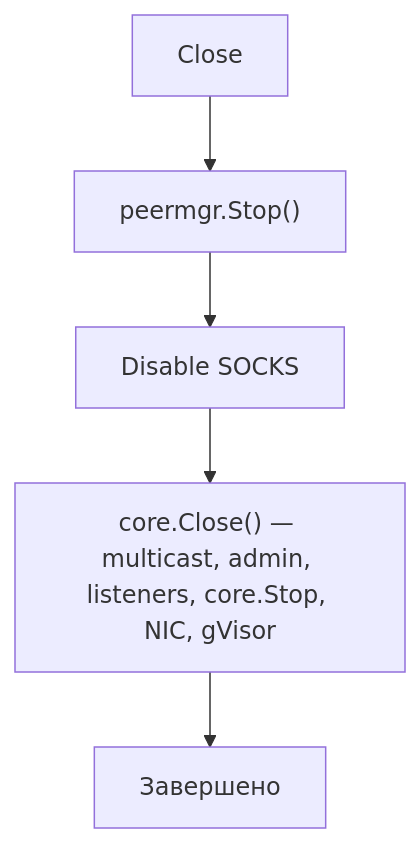
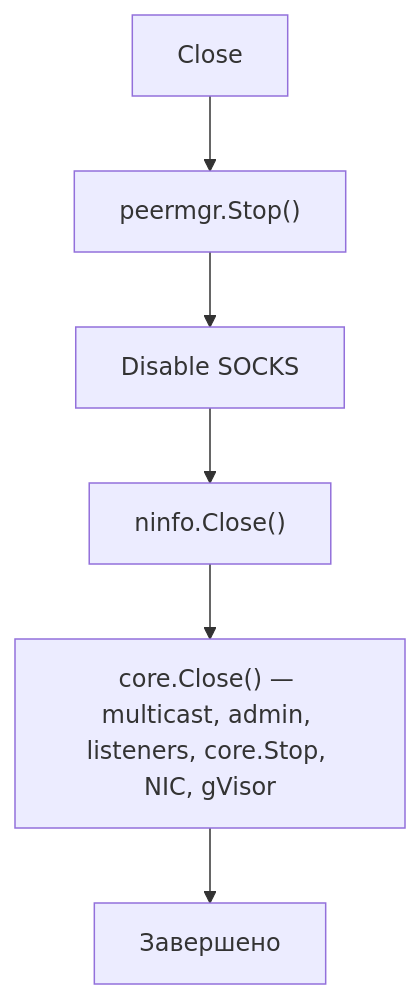
Before and after one commit to voluminor/ratatoskr: the fifth of 6 diagrams in README.RU.md, drawn with Mermaid. The commit also changed other lines of this file and 1 other file, not shown here.

````diff
--- a/README.RU.md
+++ b/README.RU.md
@@ -284,7 +362,8 @@
 ```mermaid
 flowchart TD
   Close --> PM["peermgr.Stop()"]
   PM --> S1["Disable SOCKS"]
-  S1 --> S2["core.Close() — multicast, admin, listeners, core.Stop, NIC, gVisor"]
+  S1 --> S15["ninfo.Close()"]
+  S15 --> S2["core.Close() — multicast, admin, listeners, core.Stop, NIC, gVisor"]
   S2 --> Done["Завершено"]
 ```
````
